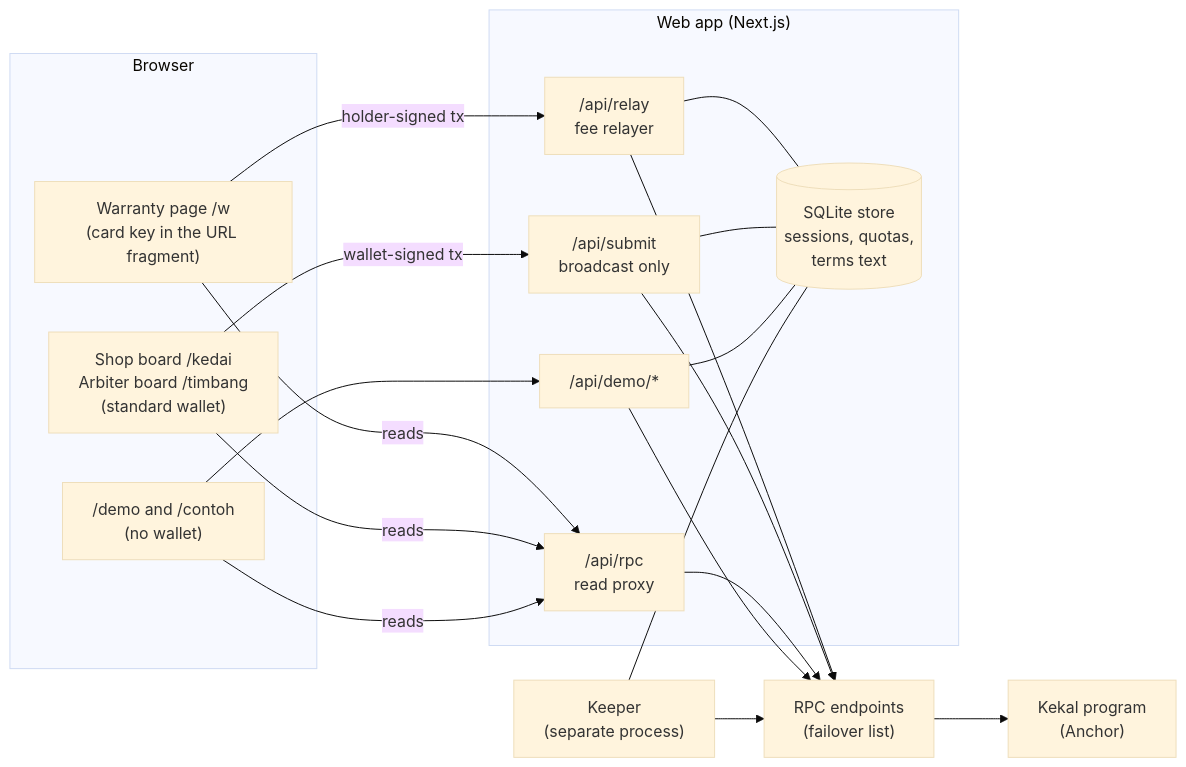
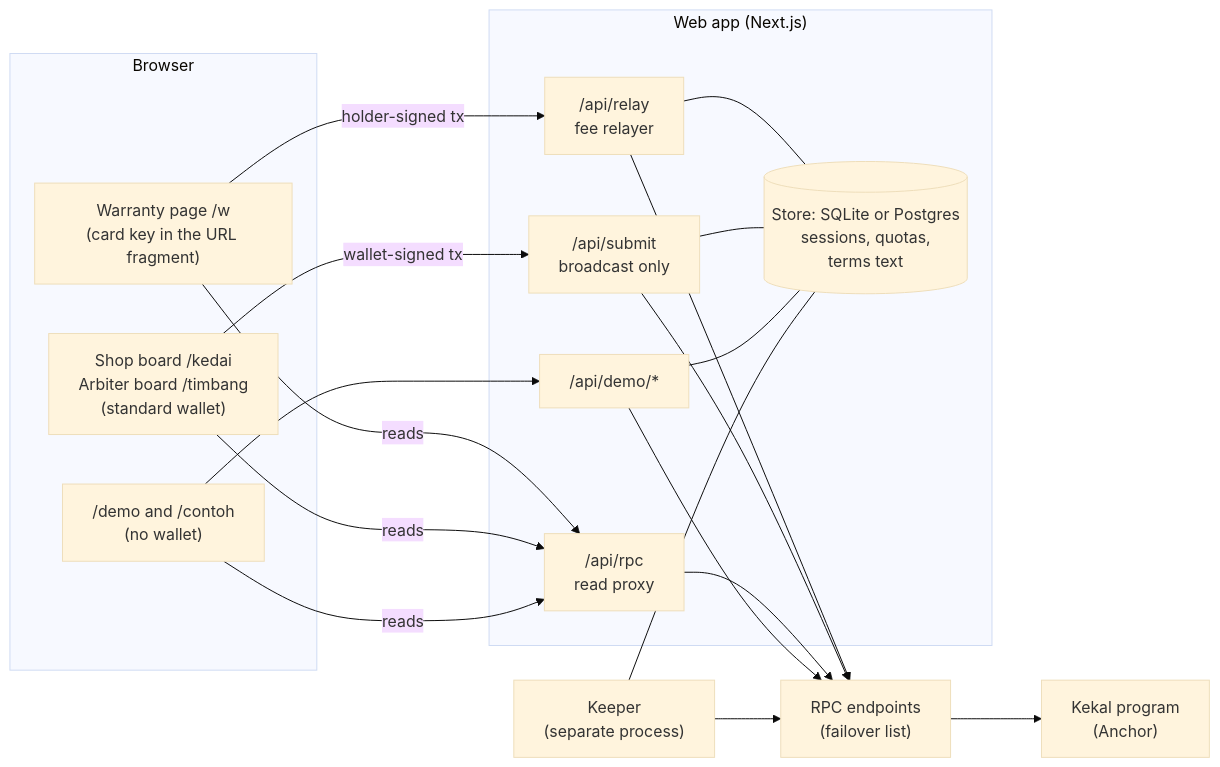
Before and after one commit to aimanmalib/kekal: the first of 3 diagrams in docs/ARCHITECTURE.md, drawn with Mermaid (base theme). The commit also changed other lines of this file and 4 other files, not shown here.

Commit message:
Record the Postgres store decision and update test counts

````diff
--- a/docs/ARCHITECTURE.md
+++ b/docs/ARCHITECTURE.md
@@ -9,27 +9,27 @@
 ```mermaid
 flowchart LR
   subgraph Browser
     Card["Warranty page /w<br/>(card key in the URL fragment)"]
     Board["Shop board /kedai<br/>Arbiter board /timbang<br/>(standard wallet)"]
     Demo["/demo and /contoh<br/>(no wallet)"]
   end
   subgraph Server["Web app (Next.js)"]
     Relay["/api/relay<br/>fee relayer"]
     Submit["/api/submit<br/>broadcast only"]
     RpcProxy["/api/rpc<br/>read proxy"]
     DemoApi["/api/demo/*"]
-    Store[("SQLite store<br/>sessions, quotas,<br/>terms text")]
+    Store[("Store: SQLite or Postgres<br/>sessions, quotas,<br/>terms text")]
   end
   Keeper["Keeper<br/>(separate process)"]
   RPC["RPC endpoints<br/>(failover list)"]
   Program["Kekal program<br/>(Anchor)"]
 
   Card -- "holder-signed tx" --> Relay
   Board -- "wallet-signed tx" --> Submit
   Card & Board & Demo -- reads --> RpcProxy
   Demo --> DemoApi
   Relay & Submit & RpcProxy & DemoApi --> RPC
   Keeper --> RPC
   Relay & Submit & DemoApi & Keeper --- Store
   RPC --> Program
 ```
````
